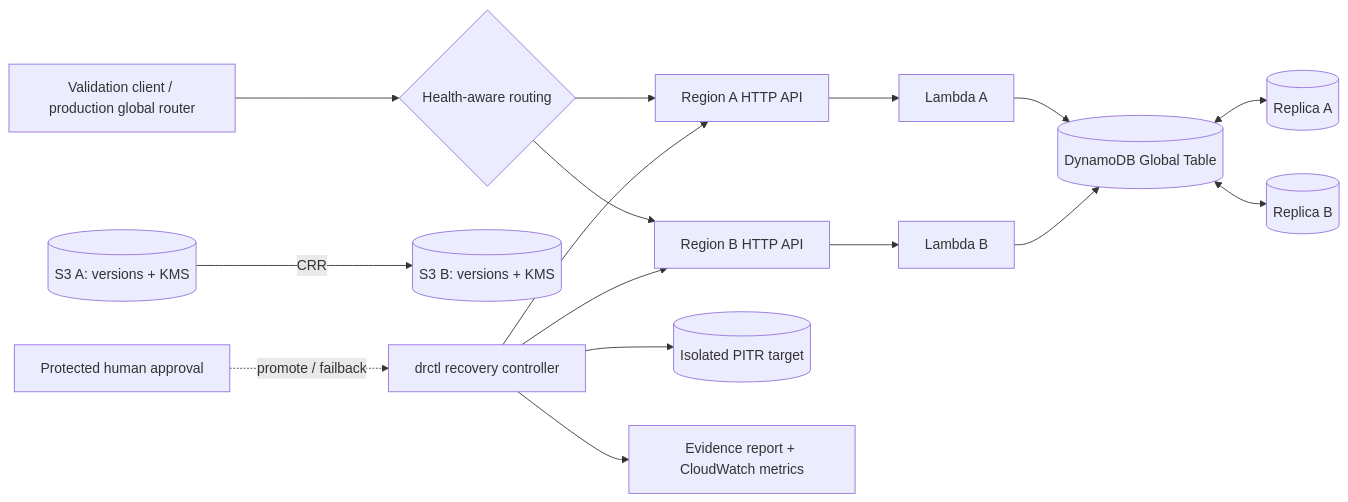
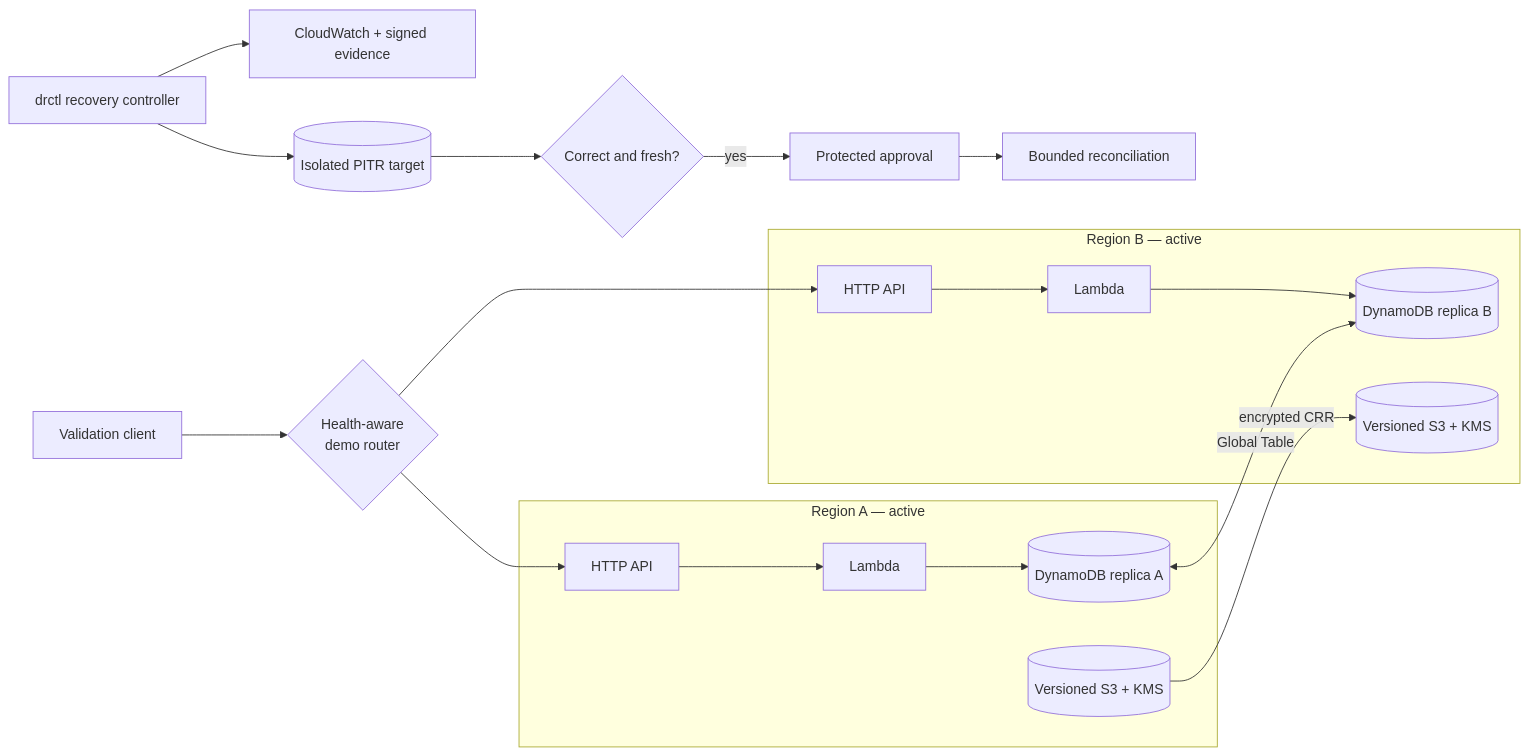
One commit to Shaharyarzd/multiregion-disaster-recovery-platform changed the diagram in README.md. Above: the diagram before and after it, drawn with Mermaid. The commit also changed other lines of this file and 3 other files, not shown here.

````diff
--- a/README.md
+++ b/README.md
@@ -39,18 +46,27 @@
 ```mermaid
 flowchart LR
-  Client[Validation client / production global router] --> Router{Health-aware routing}
-  Router --> APIA[Region A HTTP API]
-  Router --> APIB[Region B HTTP API]
-  APIA --> LA[Lambda A]
-  APIB --> LB[Lambda B]
-  LA --> GT[(DynamoDB Global Table)]
-  LB --> GT
-  GT <--> RA[(Replica A)]
-  GT <--> RB[(Replica B)]
-  S3A[(S3 A: versions + KMS)] -->|CRR| S3B[(S3 B: versions + KMS)]
-  DR[drctl recovery controller] --> APIA
-  DR --> APIB
-  DR --> ISO[(Isolated PITR target)]
-  DR --> EV[Evidence report + CloudWatch metrics]
-  Approver[Protected human approval] -. promote / failback .-> DR
+  Client[Validation client] --> Router{Health-aware<br/>demo router}
+
+  subgraph A[Region A — active]
+    APIA[HTTP API] --> LA[Lambda]
+    LA --> DDBA[(DynamoDB replica A)]
+    S3A[(Versioned S3 + KMS)]
+  end
+
+  subgraph B[Region B — active]
+    APIB[HTTP API] --> LB[Lambda]
+    LB --> DDBB[(DynamoDB replica B)]
+    S3B[(Versioned S3 + KMS)]
+  end
+
+  Router --> APIA
+  Router --> APIB
+  DDBA <-->|Global Table| DDBB
+  S3A -->|encrypted CRR| S3B
+
+  DR[drctl recovery controller] --> Restore[(Isolated PITR target)]
+  Restore --> Validate{Correct and fresh?}
+  Validate -->|yes| Approval[Protected approval]
+  Approval --> Reconcile[Bounded reconciliation]
+  DR --> Evidence[CloudWatch + signed evidence]
 ```
````
